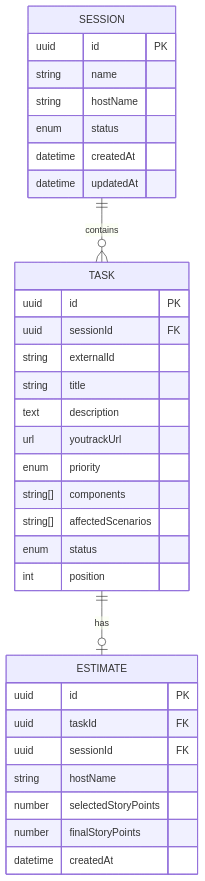
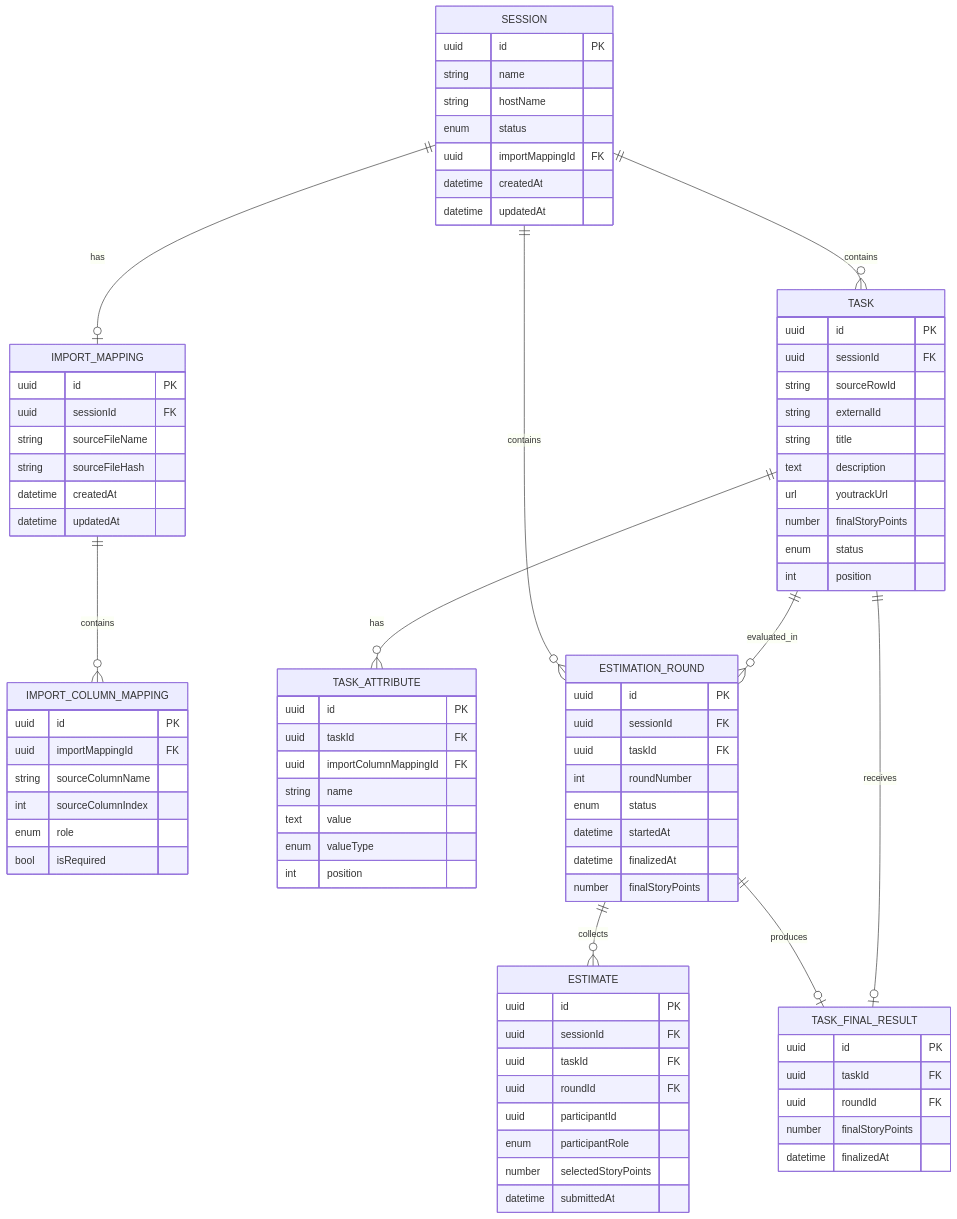
One commit to Zarimotos/Poker-Plan changed the third of 4 diagrams in docs/specs/data-model-specification.md. Above: the diagram before and after it, drawn with Mermaid. The commit also changed other lines of this file and 1 other file, not shown here.

Commit message:
docs(data-model,csv-import):rework data model and CSV import per review

````diff
--- a/docs/specs/data-model-specification.md
+++ b/docs/specs/data-model-specification.md
@@ -101,38 +274,93 @@
 ```mermaid
 erDiagram
+    SESSION ||--o| IMPORT_MAPPING : has
+    IMPORT_MAPPING ||--o{ IMPORT_COLUMN_MAPPING : contains
     SESSION ||--o{ TASK : contains
-    TASK ||--o| ESTIMATE : has
+    TASK ||--o{ TASK_ATTRIBUTE : has
+    SESSION ||--o{ ESTIMATION_ROUND : contains
+    TASK ||--o{ ESTIMATION_ROUND : evaluated_in
+    ESTIMATION_ROUND ||--o{ ESTIMATE : collects
+    ESTIMATION_ROUND ||--o| TASK_FINAL_RESULT : produces
+    TASK ||--o| TASK_FINAL_RESULT : receives
 
     SESSION {
         uuid id PK
         string name
         string hostName
         enum status
+        uuid importMappingId FK
         datetime createdAt
         datetime updatedAt
+    }
+
+    IMPORT_MAPPING {
+        uuid id PK
+        uuid sessionId FK
+        string sourceFileName
+        string sourceFileHash
+        datetime createdAt
+        datetime updatedAt
+    }
+
+    IMPORT_COLUMN_MAPPING {
+        uuid id PK
+        uuid importMappingId FK
+        string sourceColumnName
+        int sourceColumnIndex
+        enum role
+        bool isRequired
     }
 
     TASK {
         uuid id PK
         uuid sessionId FK
+        string sourceRowId
         string externalId
         string title
         text description
         url youtrackUrl
-        enum priority
-        string[] components
-        string[] affectedScenarios
+        number finalStoryPoints
         enum status
         int position
     }
 
+    TASK_ATTRIBUTE {
+        uuid id PK
+        uuid taskId FK
+        uuid importColumnMappingId FK
+        string name
+        text value
+        enum valueType
+        int position
+    }
+
+    ESTIMATION_ROUND {
+        uuid id PK
+        uuid sessionId FK
+        uuid taskId FK
+        int roundNumber
+        enum status
+        datetime startedAt
+        datetime finalizedAt
+        number finalStoryPoints
+    }
+
     ESTIMATE {
         uuid id PK
+        uuid sessionId FK
         uuid taskId FK
-        uuid sessionId FK
-        string hostName
+        uuid roundId FK
+        uuid participantId
+        enum participantRole
         number selectedStoryPoints
+        datetime submittedAt
+    }
+
+    TASK_FINAL_RESULT {
+        uuid id PK
+        uuid taskId FK
+        uuid roundId FK
         number finalStoryPoints
-        datetime createdAt
+        datetime finalizedAt
     }
 ```
````
